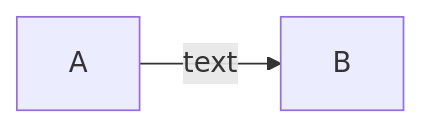
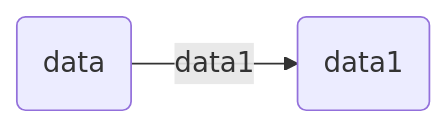
Before and after one commit to yoyoyohamapi/books-underscore-analysis: the diagram in function/函数组合.md, drawn with Mermaid.

```diff
--- a/function/函数组合.md
+++ b/function/函数组合.md
@@ -10,4 +10,4 @@
 {% mermaid %}
 graph LR;
-A-->|text|B
+funcA(data)-->|data1|B(data1)
 {% endmermaid %}
```
